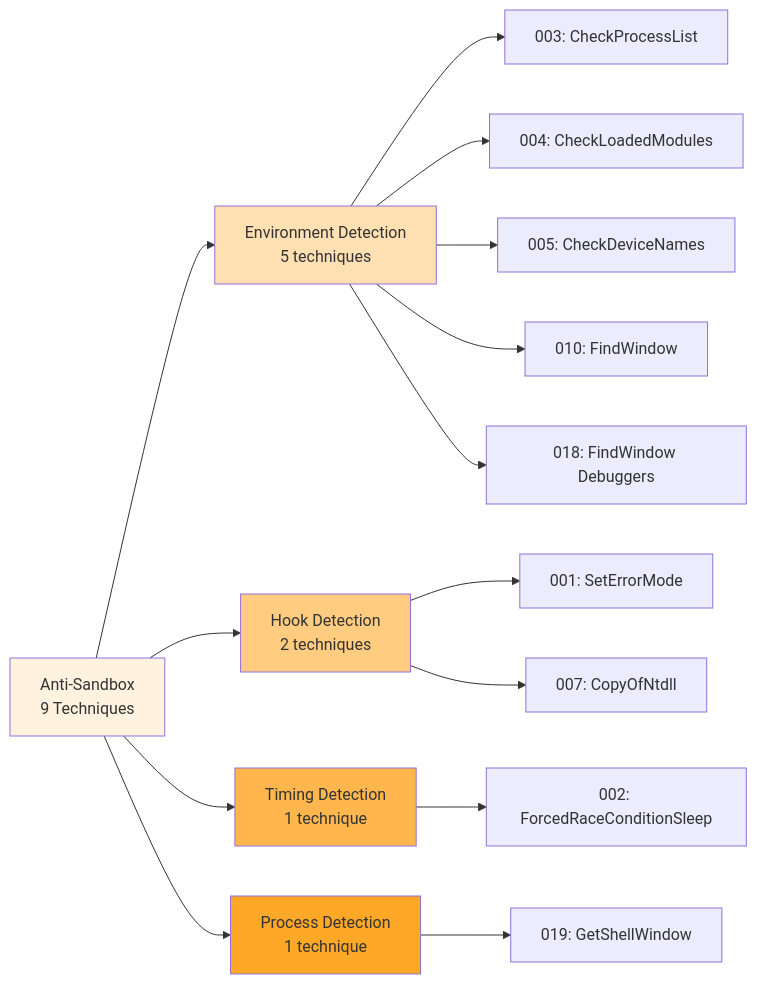
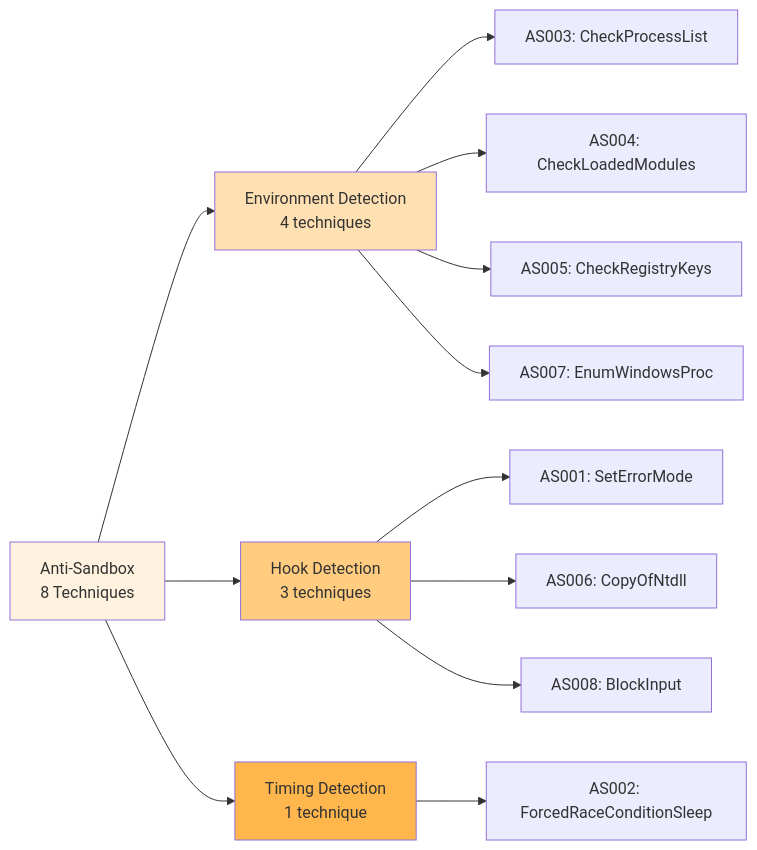
The fourth of 8 diagrams in docs/diagrams/taxonomy.md (mabj/anti), drawn with Mermaid before and after one commit. The commit also changed other lines of this file, not shown here.

````diff
--- a/docs/diagrams/taxonomy.md
+++ b/docs/diagrams/taxonomy.md
@@ -97,28 +110,24 @@
 ```mermaid
 graph LR
-    AS[Anti-Sandbox<br/>9 Techniques]
+    AS[Anti-Sandbox<br/>8 Techniques]
 
-    AS --> ENV[Environment Detection<br/>5 techniques]
-    AS --> HOOK[Hook Detection<br/>2 techniques]
+    AS --> ENV[Environment Detection<br/>4 techniques]
+    AS --> HOOK[Hook Detection<br/>3 techniques]
     AS --> TIME[Timing Detection<br/>1 technique]
-    AS --> PROC[Process Detection<br/>1 technique]
 
-    ENV --> ENV1[003: CheckProcessList]
-    ENV --> ENV2[004: CheckLoadedModules]
-    ENV --> ENV3[005: CheckDeviceNames]
-    ENV --> ENV4[010: FindWindow]
-    ENV --> ENV5[018: FindWindow Debuggers]
+    ENV --> ENV1[AS003: CheckProcessList]
+    ENV --> ENV2[AS004: CheckLoadedModules]
+    ENV --> ENV3[AS005: CheckRegistryKeys]
+    ENV --> ENV4[AS007: EnumWindowsProc]
 
-    HOOK --> HOOK1[001: SetErrorMode]
-    HOOK --> HOOK2[007: CopyOfNtdll]
+    HOOK --> HOOK1[AS001: SetErrorMode]
+    HOOK --> HOOK2[AS006: CopyOfNtdll]
+    HOOK --> HOOK3[AS008: BlockInput]
 
-    TIME --> TIME1[002: ForcedRaceConditionSleep]
-
-    PROC --> PROC1[019: GetShellWindow]
+    TIME --> TIME1[AS002: ForcedRaceConditionSleep]
 
     style AS fill:#fff3e0
     style ENV fill:#ffe0b2
     style HOOK fill:#ffcc80
     style TIME fill:#ffb74d
-    style PROC fill:#ffa726
 ```
````
